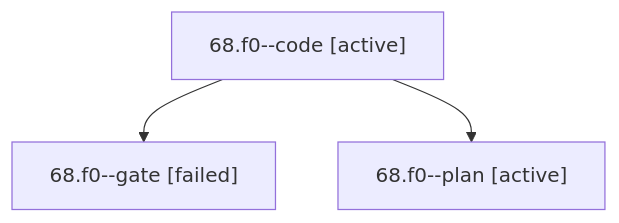
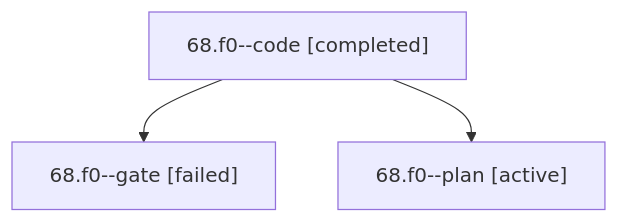
The diagram in sessions/bbugyi200.apollo.68.f0.md (bobs-org/bob-cli--agents), drawn with Mermaid before and after one commit. The commit also changed other lines of this file and 46 other files, not shown here.

````diff
--- a/sessions/bbugyi200.apollo.68.f0.md
+++ b/sessions/bbugyi200.apollo.68.f0.md
@@ -9,8 +9,8 @@
 ```mermaid
 flowchart TD
-  n0["68.f0--code [active]"]
+  n0["68.f0--code [completed]"]
   n1["68.f0--gate [failed]"]
   n0 --> n1
   n2["68.f0--plan [active]"]
   n0 --> n2
 ```
````
